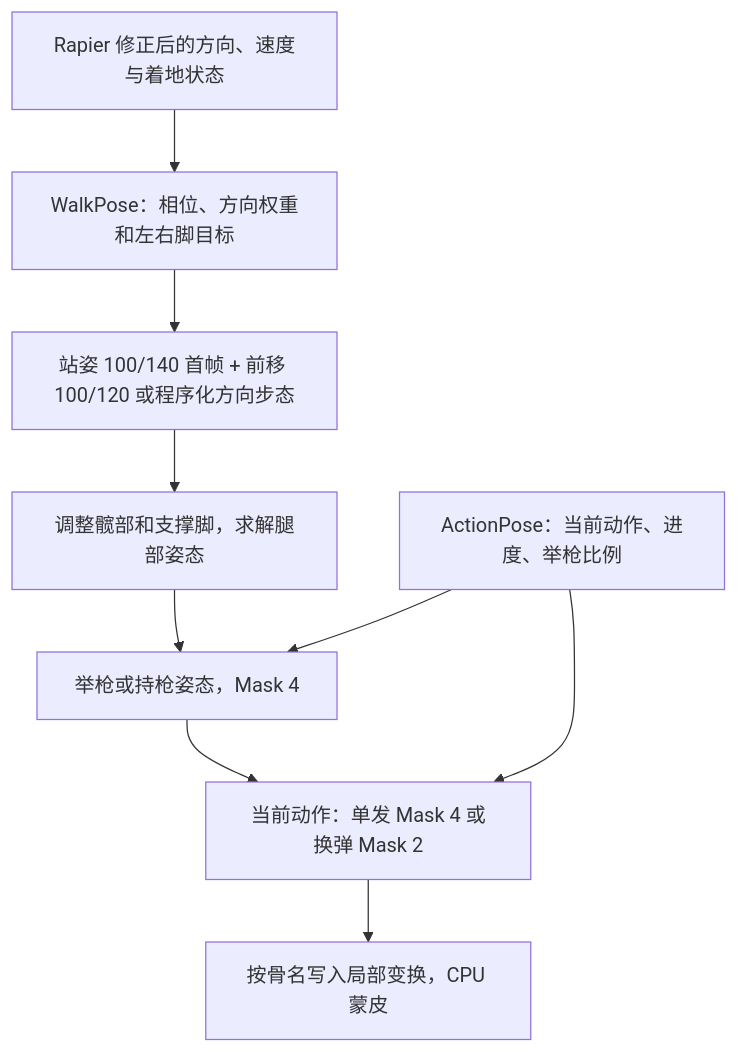
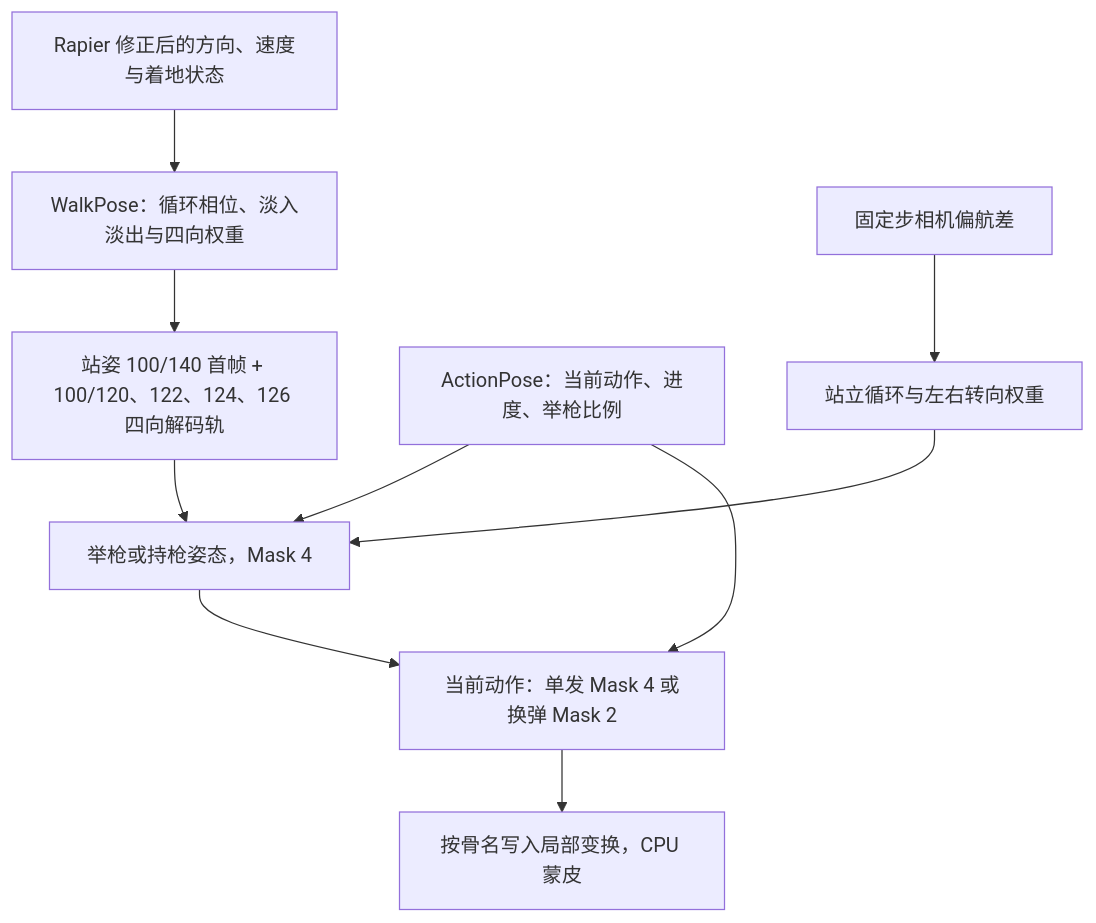
One commit to archili2035/RE_Research changed the second of 2 diagrams in web-3c/TECHNICAL.md. Above: the diagram before and after it, drawn with Mermaid. The commit also changed other lines of this file and 63 other files, not shown here.

````diff
--- a/web-3c/TECHNICAL.md
+++ b/web-3c/TECHNICAL.md
@@ -37,11 +37,11 @@
 ```mermaid
 flowchart TD
-  Move["Rapier 修正后的方向、速度与着地状态"] --> Walk["WalkPose：相位、方向权重和左右脚目标"]
-  Walk --> Base["站姿 100/140 首帧 + 前移 100/120 或程序化方向步态"]
-  Base --> Feet["调整髋部和支撑脚，求解腿部姿态"]
+  Move["Rapier 修正后的方向、速度与着地状态"] --> Walk["WalkPose：循环相位、淡入淡出与四向权重"]
+  Walk --> Base["站姿 100/140 首帧 + 100/120、122、124、126 四向解码轨"]
   State["ActionPose：当前动作、进度、举枪比例"] --> Aim["举枪或持枪姿态，Mask 4"]
-  Feet --> Aim
+  Camera["固定步相机偏航差"] --> AimMotion["站立循环与左右转向权重"] --> Aim
+  Base --> Aim
   Aim --> Overlay["当前动作：单发 Mask 4 或换弹 Mask 2"]
   State --> Overlay
   Overlay --> Skin["按骨名写入局部变换，CPU 蒙皮"]
 ```
````
